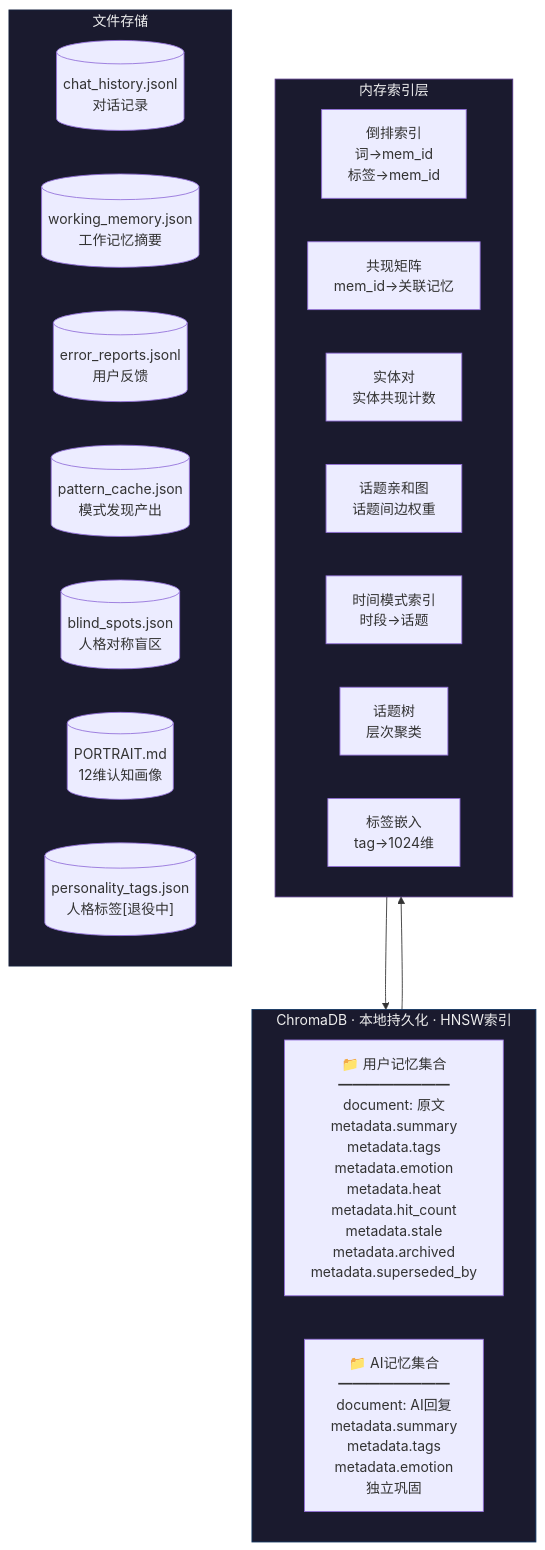
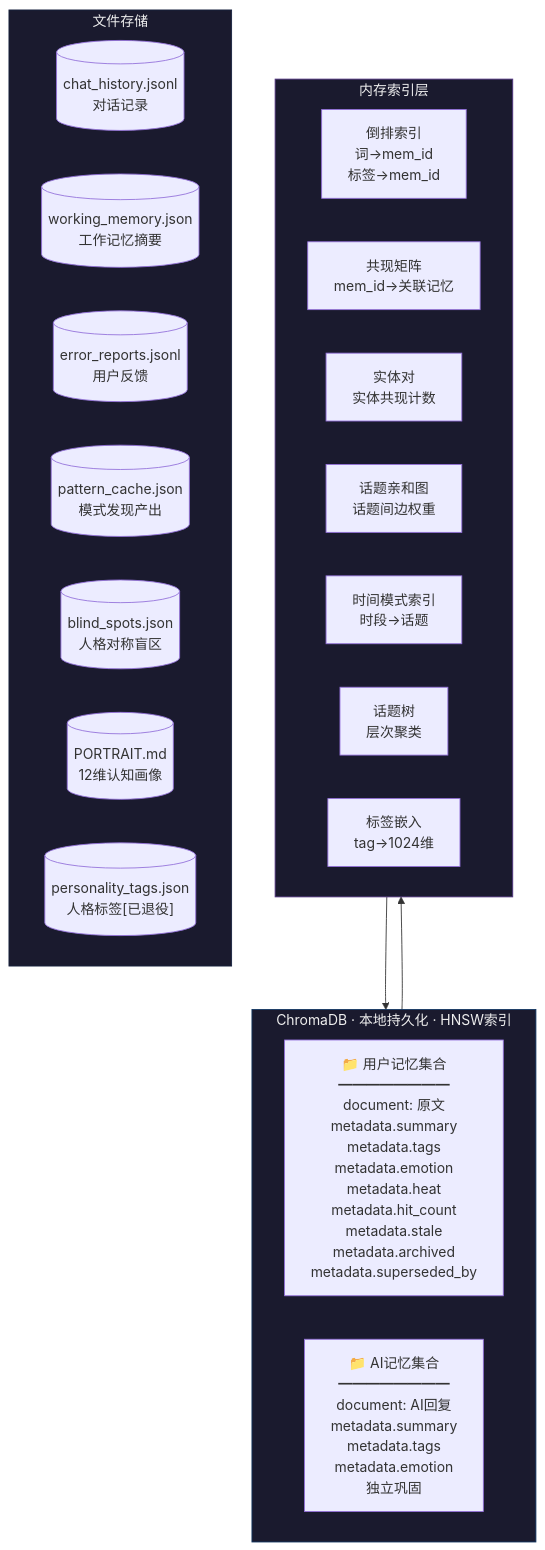
One commit to 834063245-creator/-First-beat.CH-MemorySystem changed the eighth of 11 diagrams in ARCHITECTURE_DIAGRAM.md. Above: the diagram before and after it, drawn with Mermaid. The commit also changed other lines of this file and 13 other files, not shown here.

````diff
--- a/ARCHITECTURE_DIAGRAM.md
+++ b/ARCHITECTURE_DIAGRAM.md
@@ -298,37 +298,37 @@
 ```mermaid
 flowchart TB
     subgraph CHROMA["ChromaDB · 本地持久化 · HNSW索引"]
         direction LR
         USER_COL["📁 用户记忆集合<br/>━━━━━━━━<br/>document: 原文<br/>metadata.summary<br/>metadata.tags<br/>metadata.emotion<br/>metadata.heat<br/>metadata.hit_count<br/>metadata.stale<br/>metadata.archived<br/>metadata.superseded_by"]
         AI_COL["📁 AI记忆集合<br/>━━━━━━━━<br/>document: AI回复<br/>metadata.summary<br/>metadata.tags<br/>metadata.emotion<br/>独立巩固"]
     end
 
     subgraph INDEXES["内存索引层"]
         direction LR
         INV["倒排索引<br/>词→mem_id<br/>标签→mem_id"]
         CO["共现矩阵<br/>mem_id→关联记忆"]
         EP["实体对<br/>实体共现计数"]
         AFF["话题亲和图<br/>话题间边权重"]
         TEMP["时间模式索引<br/>时段→话题"]
         TREE["话题树<br/>层次聚类"]
         TAG_EMB["标签嵌入<br/>tag→1024维"]
     end
 
     subgraph FILES["文件存储"]
         CHAT[("chat_history.jsonl<br/>对话记录")]
         WM[("working_memory.json<br/>工作记忆摘要")]
         ERROR[("error_reports.jsonl<br/>用户反馈")]
         PATTERN[("pattern_cache.json<br/>模式发现产出")]
         BLIND[("blind_spots.json<br/>人格对称盲区")]
         PORTRAIT_FILE[("PORTRAIT.md<br/>12维认知画像")]
-        PERSONA[("personality_tags.json<br/>人格标签[退役中]")]
+        PERSONA[("personality_tags.json<br/>人格标签[已退役]")]
     end
 
     CHROMA --> INDEXES
     INDEXES --> CHROMA
     FILES
 
     style CHROMA fill:#1a1a2e,stroke:#0f3460,color:#eee
     style INDEXES fill:#1a1a2e,stroke:#533483,color:#eee
     style FILES fill:#1a1a2e,stroke:#16213e,color:#eee
 ```
````
